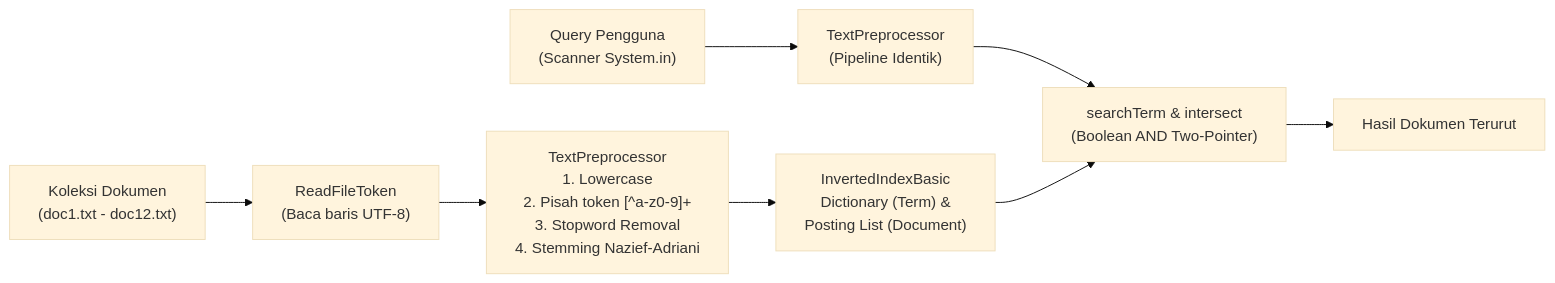
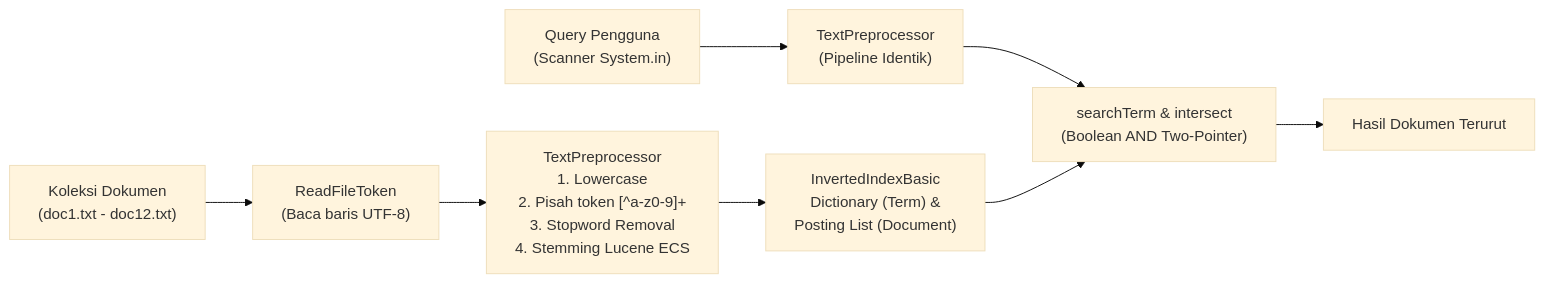
One commit to ioAlan-angjai/TugasInvertedIndex changed the diagram in DOKUMENTASI.md. Above: the diagram before and after it, drawn with Mermaid (base theme). The commit also changed other lines of this file and 21 other files, not shown here.

Commit message:
Implementasi stemmer dan stopword Apache Lucene serta ringkas komentar Java

````diff
--- a/DOKUMENTASI.md
+++ b/DOKUMENTASI.md
@@ -13,10 +13,10 @@
 ```mermaid
 flowchart LR
     A["Koleksi Dokumen<br>(doc1.txt - doc12.txt)"] --> B["ReadFileToken<br>(Baca baris UTF-8)"]
-    B --> C["TextPreprocessor<br>1. Lowercase<br>2. Pisah token [^a-z0-9]+<br>3. Stopword Removal<br>4. Stemming Nazief-Adriani"]
+    B --> C["TextPreprocessor<br>1. Lowercase<br>2. Pisah token [^a-z0-9]+<br>3. Stopword Removal<br>4. Stemming Lucene ECS"]
     C --> D["InvertedIndexBasic<br>Dictionary (Term) &<br>Posting List (Document)"]
     Q["Query Pengguna<br>(Scanner System.in)"] --> C2["TextPreprocessor<br>(Pipeline Identik)"]
     C2 --> E["searchTerm & intersect<br>(Boolean AND Two-Pointer)"]
     D --> E
     E --> R["Hasil Dokumen Terurut"]
 ```
````
